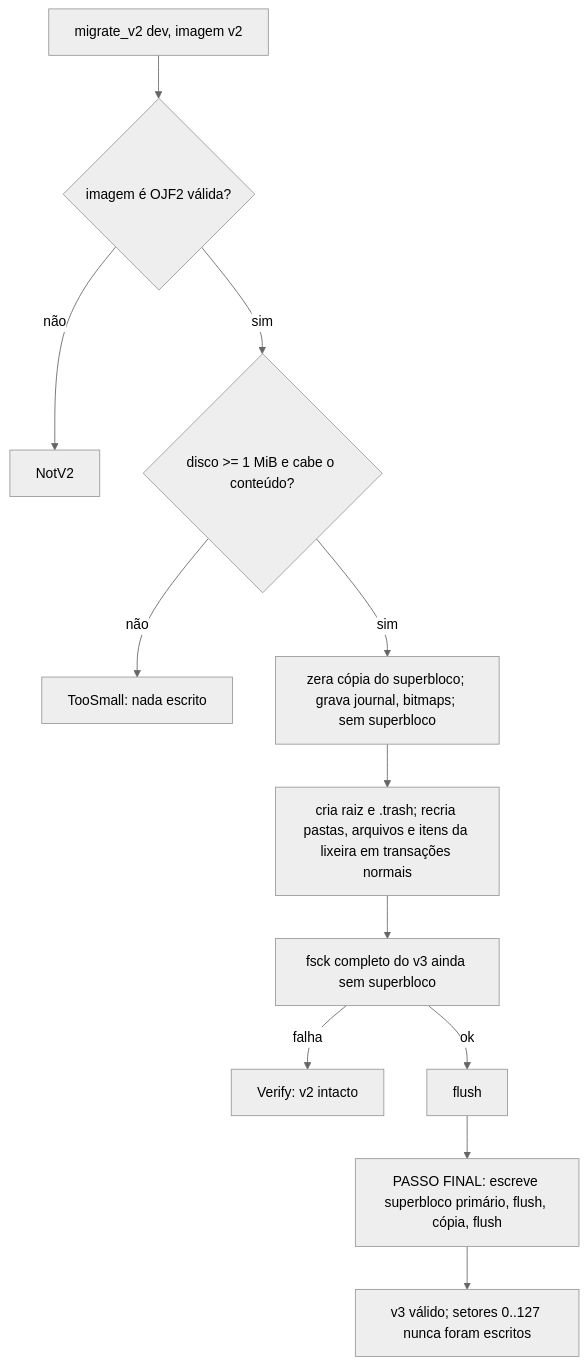
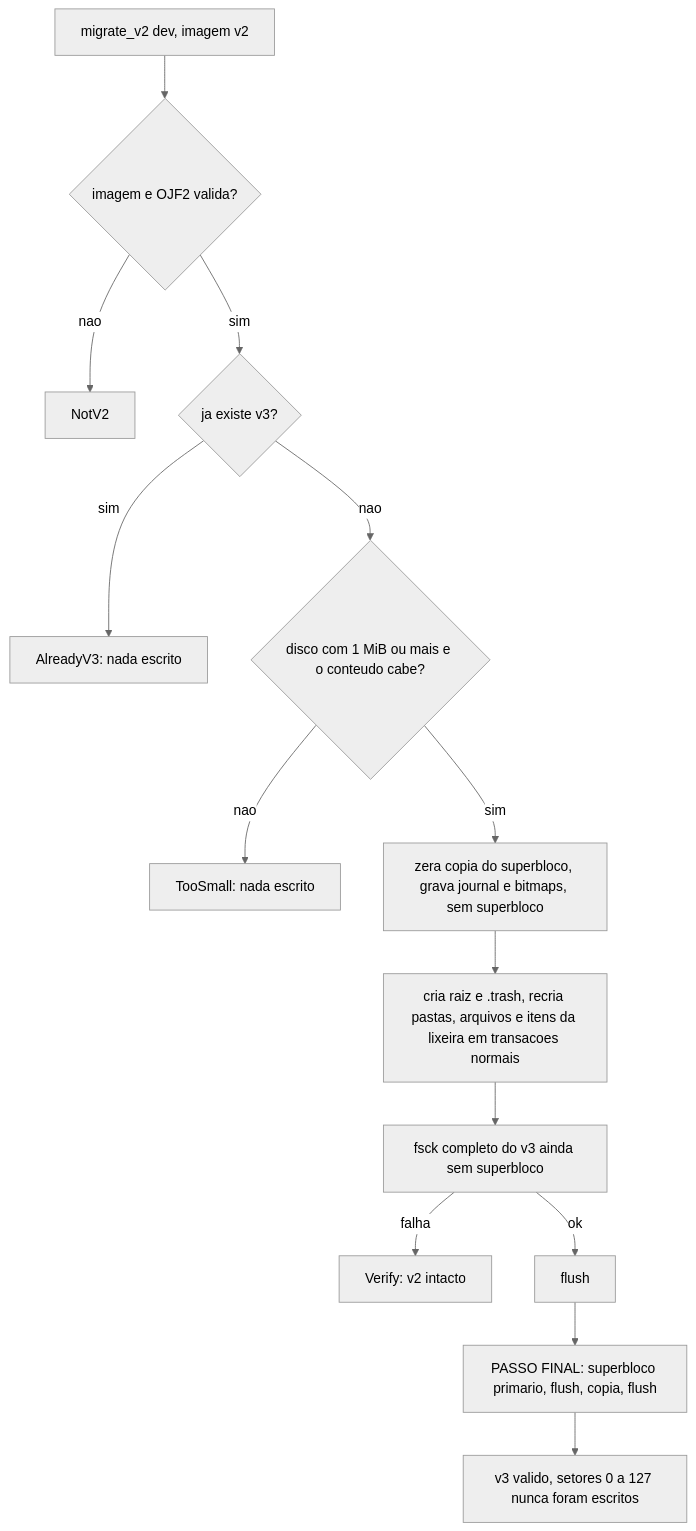
One commit to Jeffinp/OSjeff changed the fourth of 4 diagrams in docs/design/ojfs3.md. Above: the diagram before and after it, drawn with Mermaid (neutral theme). The commit also changed other lines of this file, not shown here.

````diff
--- a/docs/design/ojfs3.md
+++ b/docs/design/ojfs3.md
@@ -299,14 +299,16 @@
 ```mermaid
 flowchart TD
-  S[migrate_v2 dev, imagem v2] --> P{imagem é OJF2 válida?}
-  P -->|não| E1[NotV2]
-  P -->|sim| Q{disco >= 1 MiB e cabe o conteúdo?}
-  Q -->|não| E2[TooSmall: nada escrito]
-  Q -->|sim| F[zera cópia do superbloco; grava journal, bitmaps; sem superbloco]
-  F --> G[cria raiz e .trash; recria pastas, arquivos e itens da lixeira em transações normais]
-  G --> H[fsck completo do v3 ainda sem superbloco]
-  H -->|falha| E3[Verify: v2 intacto]
-  H -->|ok| I[flush]
-  I --> J[PASSO FINAL: escreve superbloco primário, flush, cópia, flush]
-  J --> K[v3 válido; setores 0..127 nunca foram escritos]
+  S["migrate_v2 dev, imagem v2"] --> P{"imagem e OJF2 valida?"}
+  P -->|"nao"| E1["NotV2"]
+  P -->|"sim"| Z{"ja existe v3?"}
+  Z -->|"sim"| E0["AlreadyV3: nada escrito"]
+  Z -->|"nao"| Q{"disco com 1 MiB ou mais e o conteudo cabe?"}
+  Q -->|"nao"| E2["TooSmall: nada escrito"]
+  Q -->|"sim"| F["zera copia do superbloco, grava journal e bitmaps, sem superbloco"]
+  F --> G["cria raiz e .trash, recria pastas, arquivos e itens da lixeira em transacoes normais"]
+  G --> H["fsck completo do v3 ainda sem superbloco"]
+  H -->|"falha"| E3["Verify: v2 intacto"]
+  H -->|"ok"| I["flush"]
+  I --> J["PASSO FINAL: superbloco primario, flush, copia, flush"]
+  J --> K["v3 valido, setores 0 a 127 nunca foram escritos"]
 ```
````
